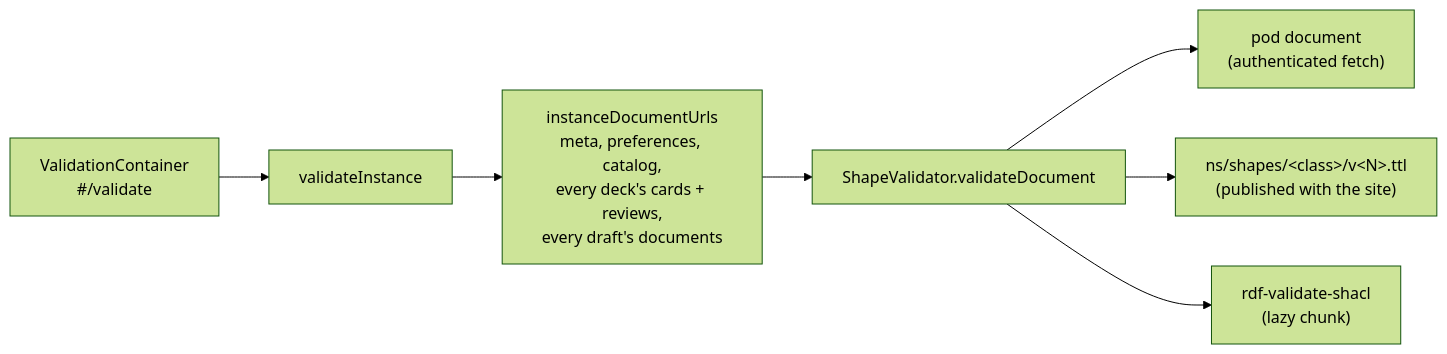
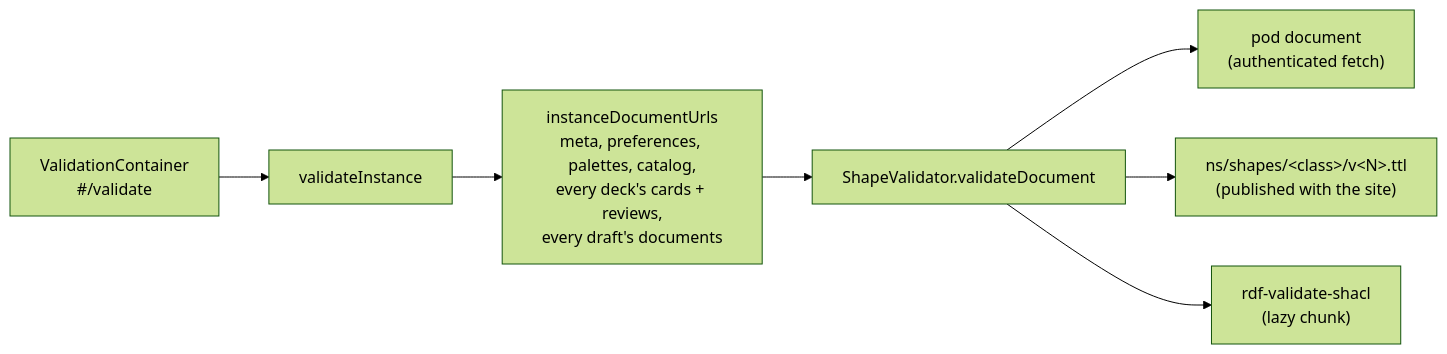
The diagram in docs/validation.md (solid-memo/website), drawn with Mermaid (forest theme) before and after one commit. The commit also changed other lines of this file and 102 other files, not shown here.

````diff
--- a/docs/validation.md
+++ b/docs/validation.md
@@ -37,11 +37,11 @@
 ```mermaid
 flowchart LR
     accTitle: Validating an instance
     accDescr: The validation screen lists the instance's documents and checks each against its published shape with the SHACL engine.
     ui["ValidationContainer<br/>#/validate"] --> uc["validateInstance"]
-    uc --> docs["instanceDocumentUrls<br/>meta, preferences, catalog,<br/>every deck's cards + reviews,<br/>every draft's documents"]
+    uc --> docs["instanceDocumentUrls<br/>meta, preferences, palettes, catalog,<br/>every deck's cards + reviews,<br/>every draft's documents"]
     docs --> port["ShapeValidator.validateDocument"]
     port --> pod["pod document<br/>(authenticated fetch)"]
     port --> shapes["ns/shapes/&lt;class&gt;/v&lt;N&gt;.ttl<br/>(published with the site)"]
     port --> engine["rdf-validate-shacl<br/>(lazy chunk)"]
 ```
````
